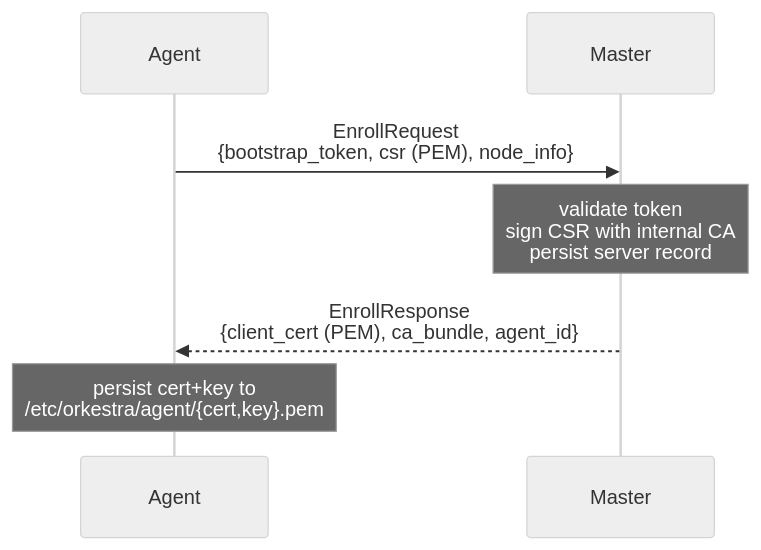
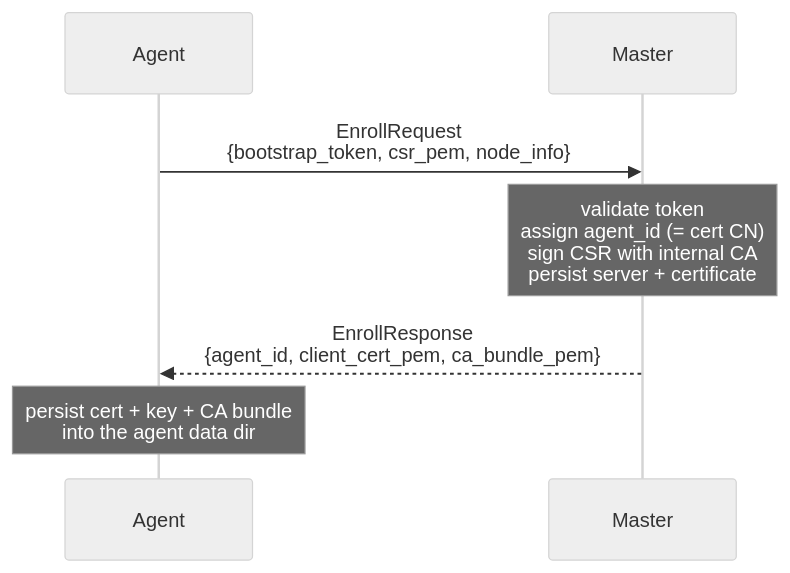
The first of 3 diagrams in docs/02-protocol.md (heckertobias/orkestra), drawn with Mermaid (neutral theme) before and after one commit. The commit also changed other lines of this file and 12 other files, not shown here.

````diff
--- a/docs/02-protocol.md
+++ b/docs/02-protocol.md
@@ -27,9 +29,9 @@
 ```mermaid
 sequenceDiagram
     participant Agent
     participant Master
-    Agent->>Master: EnrollRequest<br/>{bootstrap_token, csr (PEM), node_info}
-    Note over Master: validate token<br/>sign CSR with internal CA<br/>persist server record
-    Master-->>Agent: EnrollResponse<br/>{client_cert (PEM), ca_bundle, agent_id}
-    Note over Agent: persist cert+key to<br/>/etc/orkestra/agent/{cert,key}.pem
+    Agent->>Master: EnrollRequest<br/>{bootstrap_token, csr_pem, node_info}
+    Note over Master: validate token<br/>assign agent_id (= cert CN)<br/>sign CSR with internal CA<br/>persist server + certificate
+    Master-->>Agent: EnrollResponse<br/>{agent_id, client_cert_pem, ca_bundle_pem}
+    Note over Agent: persist cert + key + CA bundle<br/>into the agent data dir
 ```
````
